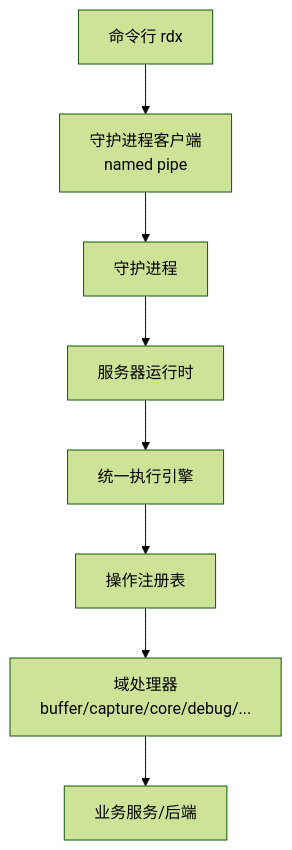
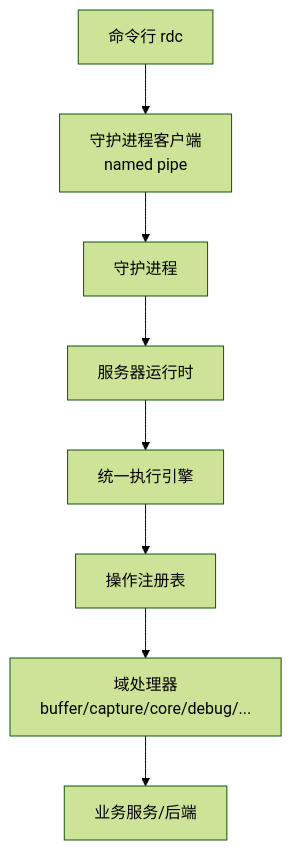
The first of 3 diagrams in .qoder/repowiki/zh/content/API规范/API规范.md (haolange/RDC-Tool), drawn with Mermaid (forest theme) before and after one commit. The commit also changed other lines of this file and 388 other files, not shown here.

````diff
--- a/.qoder/repowiki/zh/content/API规范/API规范.md
+++ b/.qoder/repowiki/zh/content/API规范/API规范.md
@@ -52,10 +52,10 @@
 ```mermaid
 graph TB
-CLI["命令行 rdx"] --> DaemonClient["守护进程客户端<br/>named pipe"]
+CLI["命令行 rdc"] --> DaemonClient["守护进程客户端<br/>named pipe"]
 DaemonClient --> Daemon["守护进程"]
 Daemon --> ServerRuntime["服务器运行时"]
 ServerRuntime --> CoreEngine["统一执行引擎"]
 CoreEngine --> Registry["操作注册表"]
 Registry --> Handlers["域处理器<br/>buffer/capture/core/debug/..."]
 Handlers --> Services["业务服务/后端"]
 ```
````
